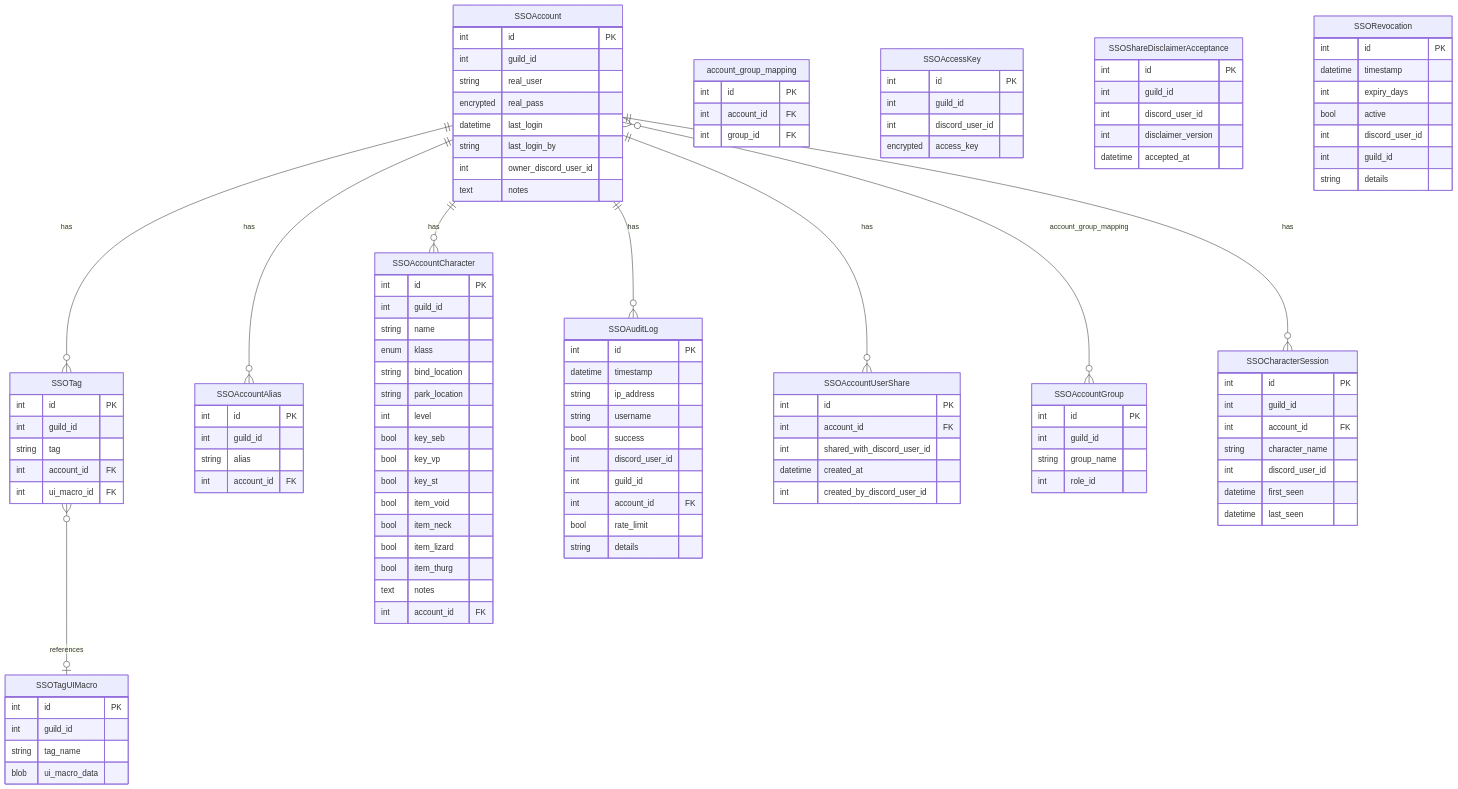
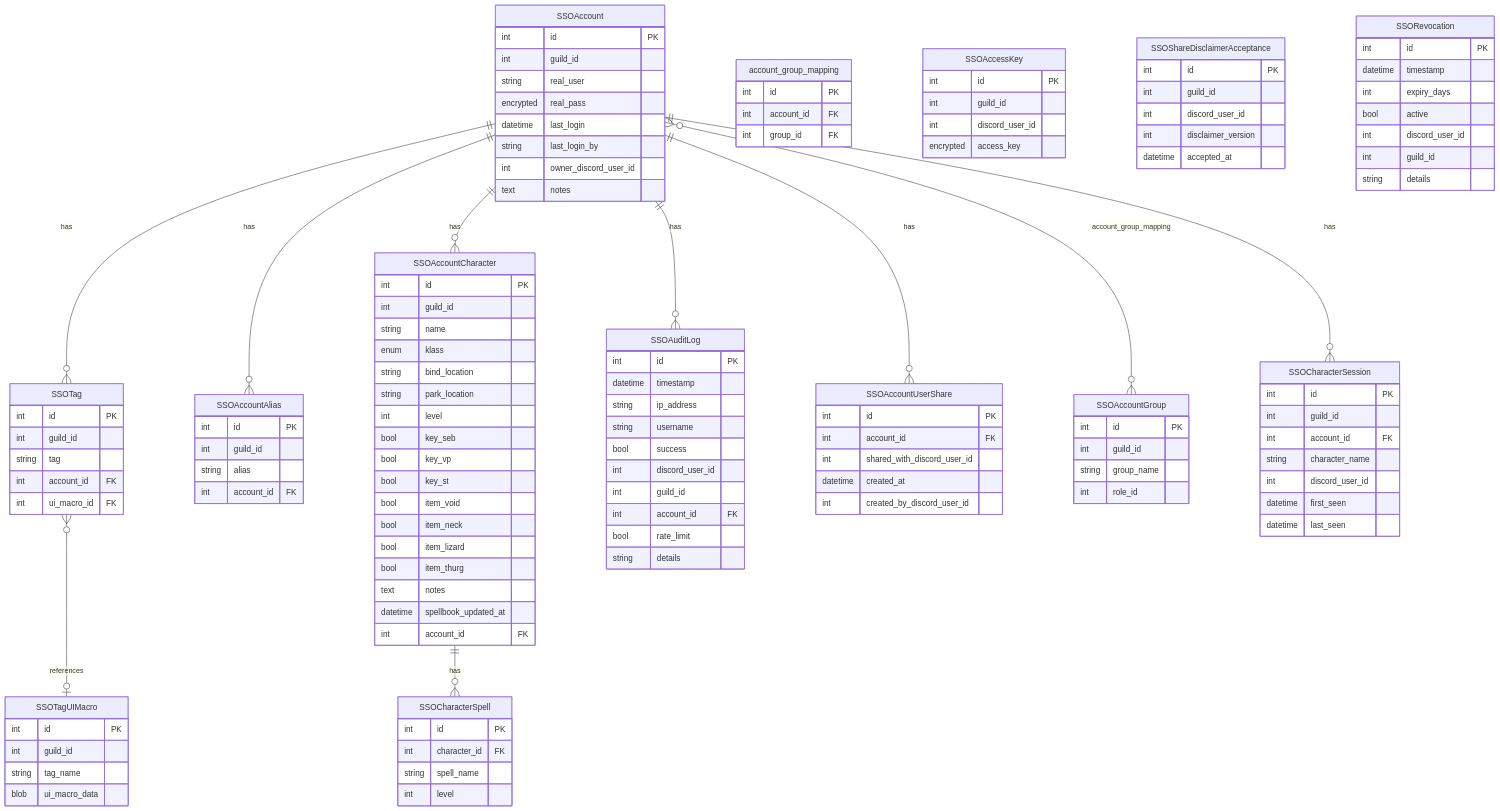
Before and after one commit to eq-p99-tools/roboToald: the diagram in erd/sso_schema.md, drawn with Mermaid. The commit also changed other lines of this file and 10 other files, not shown here.

```diff
--- a/erd/sso_schema.md
+++ b/erd/sso_schema.md
@@ -16,6 +16,7 @@
     SSOAccount }o--o{ SSOAccountGroup : "account_group_mapping"
     SSOTag }o--o| SSOTagUIMacro : "references"
     SSOAccount ||--o{ SSOCharacterSession : "has"
+    SSOAccountCharacter ||--o{ SSOCharacterSpell : "has"
 
     SSOAccount {
         int id PK
@@ -102,7 +103,15 @@
         bool item_lizard
         bool item_thurg
         text notes
+        datetime spellbook_updated_at
         int account_id FK
+    }
+
+    SSOCharacterSpell {
+        int id PK
+        int character_id FK
+        string spell_name
+        int level
     }
 
     SSOCharacterSession {
```
